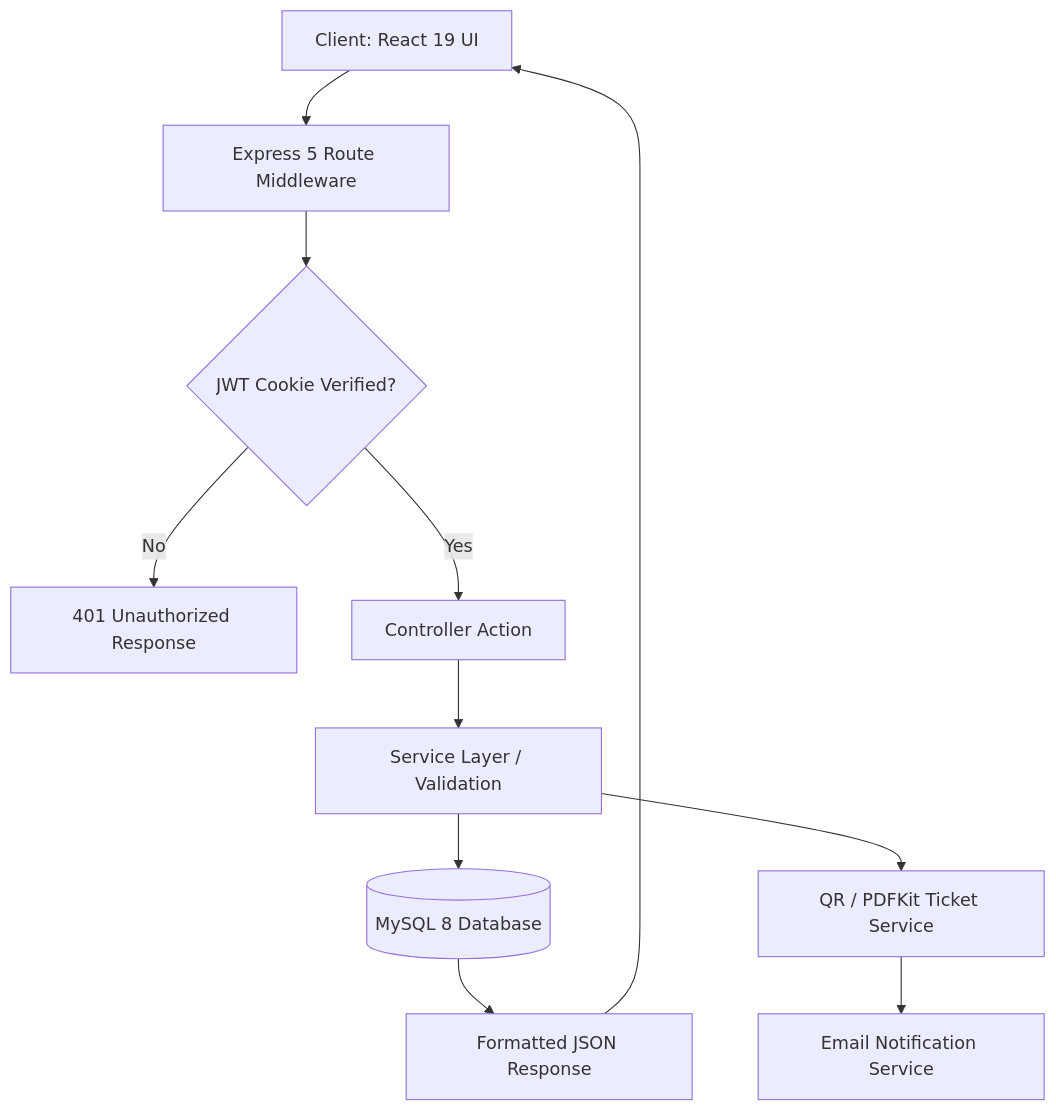
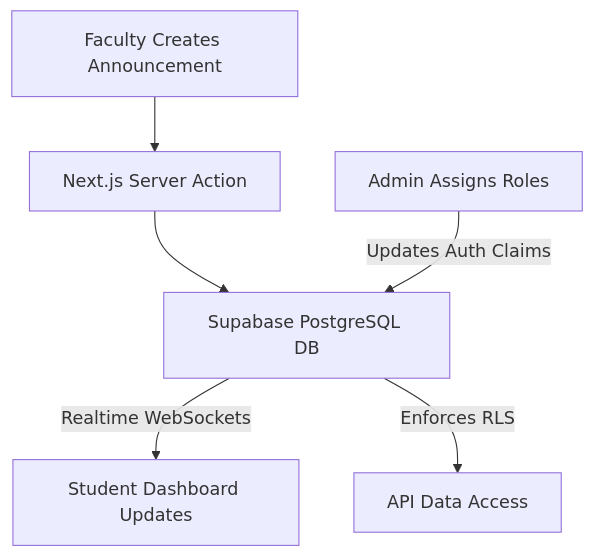
Before and after one commit to Justinvcj/CampusHub: the diagram in README.md, drawn with Mermaid. The commit also changed other lines of this file, not shown here.

````diff
--- a/README.md
+++ b/README.md
@@ -74,13 +57,8 @@
 ```mermaid
 graph TD
-    A[Client: React 19 UI] --> B[Express 5 Route Middleware]
-    B --> C{JWT Cookie Verified?}
-    C -->|No| D[401 Unauthorized Response]
-    C -->|Yes| E[Controller Action]
-    E --> F[Service Layer / Validation]
-    F --> G[(MySQL 8 Database)]
-    F --> H[QR / PDFKit Ticket Service]
-    H --> I[Email Notification Service]
-    G --> J[Formatted JSON Response]
-    J --> A
+    A[Faculty Creates Announcement] --> B[Next.js Server Action]
+    B --> C[Supabase PostgreSQL DB]
+    C -->|Realtime WebSockets| D[Student Dashboard Updates]
+    E[Admin Assigns Roles] -->|Updates Auth Claims| C
+    C -->|Enforces RLS| F[API Data Access]
 ```
````
